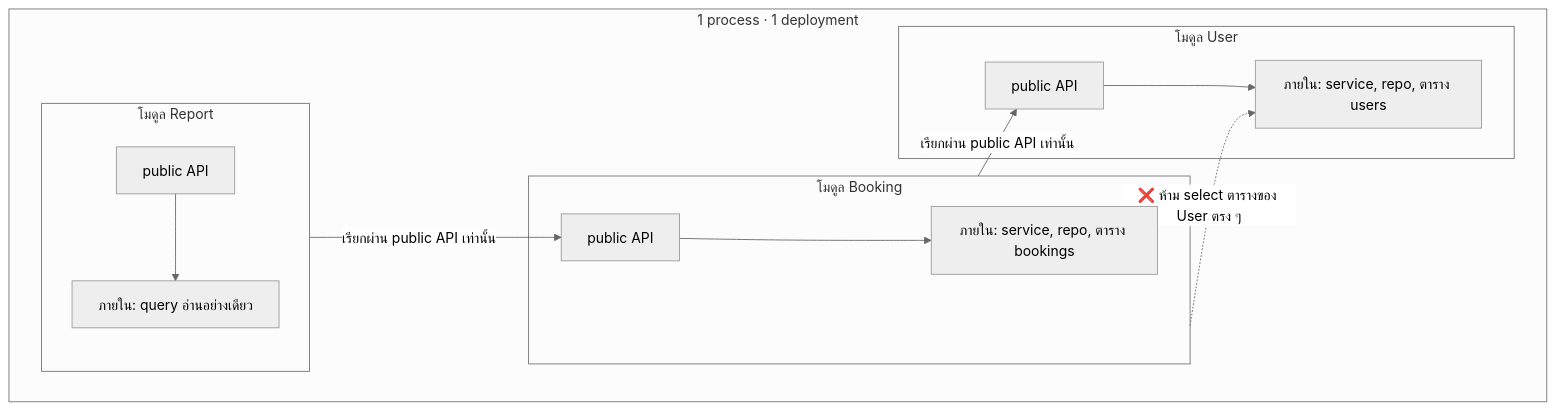
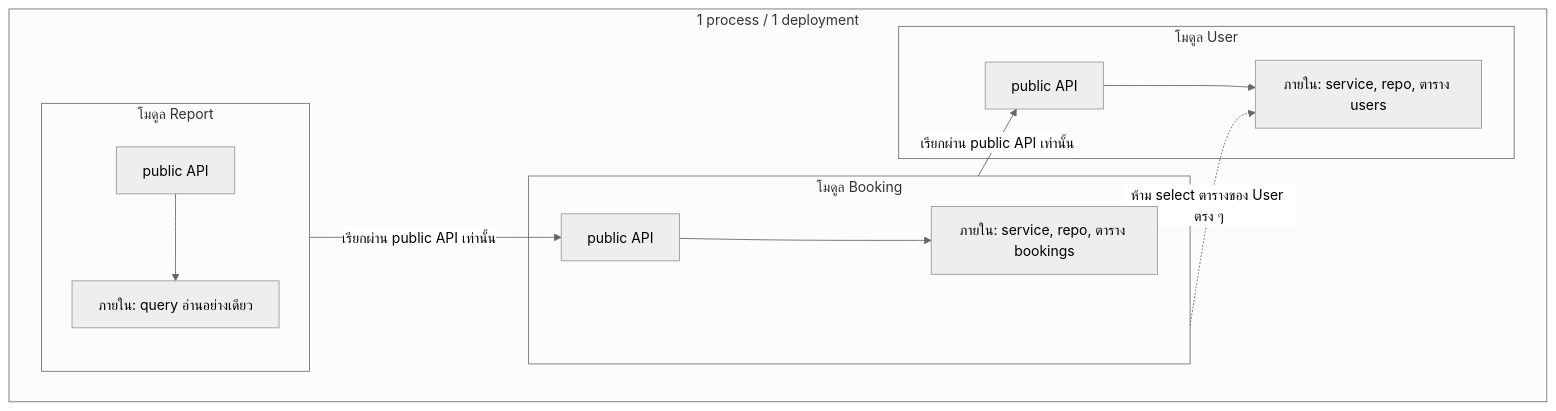
Diagram 12 of 25 in readings/04-system-architecture-design.md (CE-SDPX/SDPX-AI), drawn with Mermaid (neutral theme) before and after one commit. The commit also changed other lines of this file and 6 other files, not shown here.

````diff
--- a/readings/04-system-architecture-design.md
+++ b/readings/04-system-architecture-design.md
@@ -384,24 +383,24 @@
 ```mermaid
 flowchart TB
-    subgraph app["1 process · 1 deployment"]
+    subgraph app["1 process / 1 deployment"]
         subgraph mb["โมดูล Booking"]
             B_API["public API"]
             B_INT["ภายใน: service, repo, ตาราง bookings"]
         end
         subgraph mu["โมดูล User"]
             U_API["public API"]
             U_INT["ภายใน: service, repo, ตาราง users"]
         end
         subgraph mr["โมดูล Report"]
             R_API["public API"]
             R_INT["ภายใน: query อ่านอย่างเดียว"]
         end
     end
 
     B_API --> B_INT
     U_API --> U_INT
     R_API --> R_INT
     mb -->|"เรียกผ่าน public API เท่านั้น"| U_API
     mr -->|"เรียกผ่าน public API เท่านั้น"| B_API
-    mb -.->|"❌ ห้าม select ตารางของ User ตรง ๆ"| U_INT
+    mb -.->|"ห้าม select ตารางของ User ตรง ๆ"| U_INT
 ```
````
